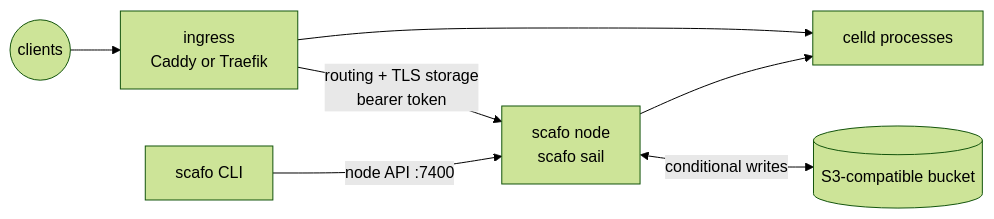
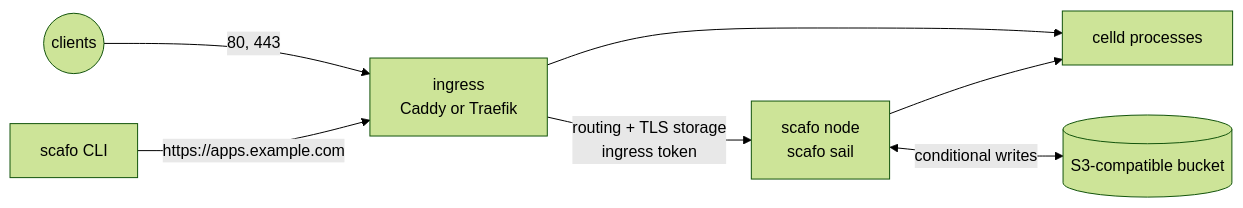
The diagram in 3.deploy/0.index.md (sandros94/scafo-docs), drawn with Mermaid (forest theme) before and after one commit. The commit also changed other lines of this file and 7 other files, not shown here.

````diff
--- a/3.deploy/0.index.md
+++ b/3.deploy/0.index.md
@@ -11,9 +11,9 @@
 ```mermaid
 flowchart LR
-  U((clients)) --> I["ingress<br/>Caddy or Traefik"]
-  I -->|"routing + TLS storage<br/>bearer token"| N["scafo node<br/>scafo sail"]
+  U((clients)) -->|"80, 443"| I["ingress<br/>Caddy or Traefik"]
+  CLI["scafo CLI"] -->|"https://apps.example.com"| I
+  I -->|"routing + TLS storage<br/>ingress token"| N["scafo node<br/>scafo sail"]
   I --> P["celld processes"]
   N --> P
   N <-->|"conditional writes"| S3[("S3-compatible bucket")]
-  CLI["scafo CLI"] -->|"node API :7400"| N
 ```
````
